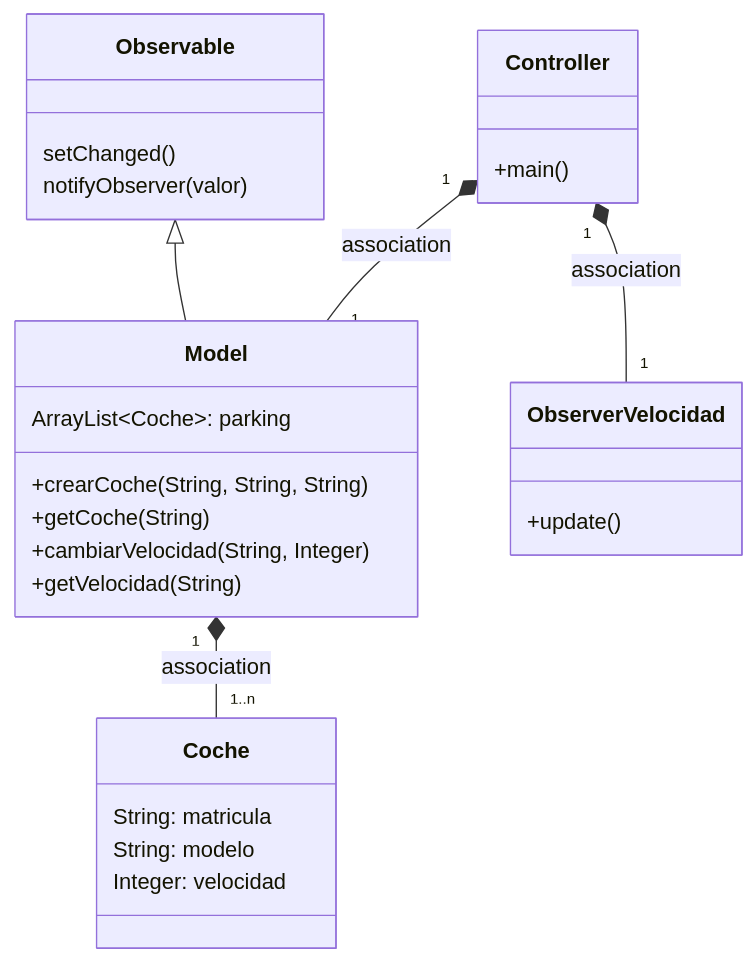
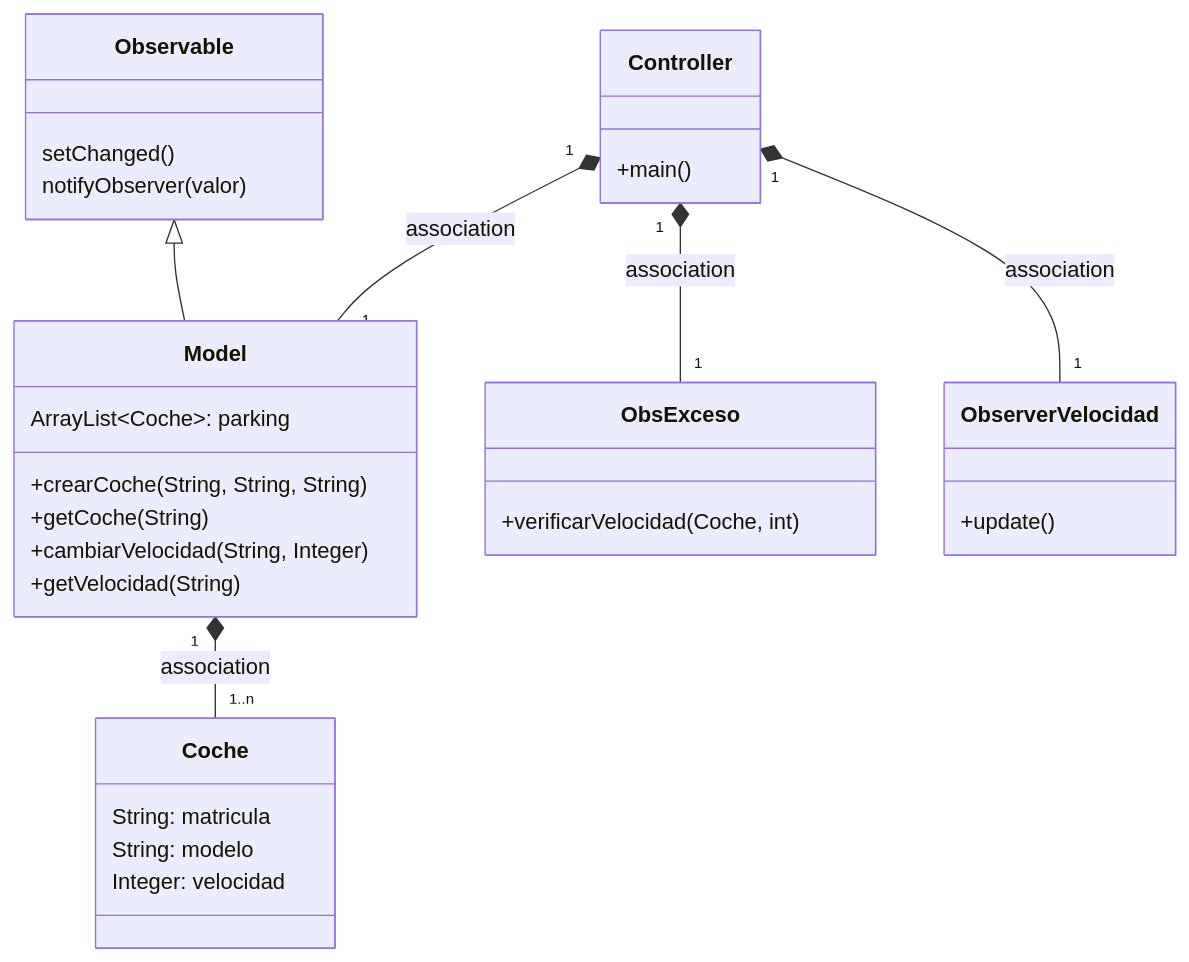
One commit to SanLopezIgle/MVC_coches changed the first of 2 diagrams in Readme.md. Above: the diagram before and after it, drawn with Mermaid. The commit also changed other lines of this file, not shown here.

````diff
--- a/Readme.md
+++ b/Readme.md
@@ -18,30 +18,34 @@
 ```mermaid
 classDiagram
     class Observable {
         setChanged()
         notifyObserver(valor)
     }
         class Coche {
         String: matricula
         String: modelo
         Integer: velocidad
     }
       class Controller{
           +main()
       }
       class Model {
           ArrayList~Coche~: parking
           +crearCoche(String, String, String)
           +getCoche(String)
           +cambiarVelocidad(String, Integer)
           +getVelocidad(String)
       }
+      class ObsExceso{
+         +verificarVelocidad(Coche, int)
+      }
       class ObserverVelocidad {
           +update()
           }
           Controller "1" *-- "1" ObserverVelocidad: association
           Controller "1" *-- "1" Model : association
+          Controller "1" *-- "1" ObsExceso: association
     Model "1" *-- "1..n" Coche : association
     Observable <|-- Model
       
 ```
````
